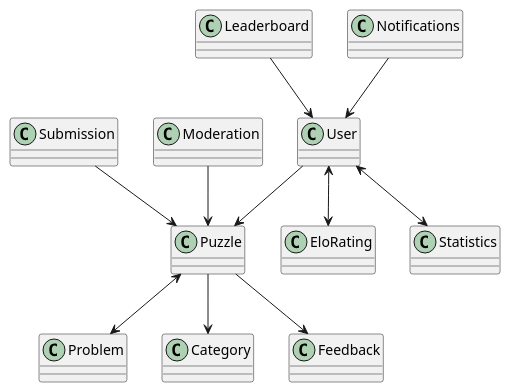
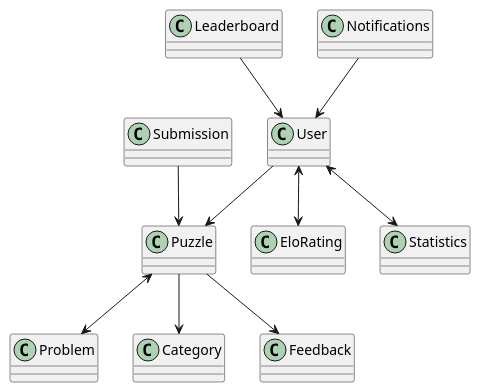
The diagram in SpringBootApplication/codingpuzzles-backend/SoftwareDesign/ClassDiagram.puml (duartecaldascardoso/Coding.com), drawn with PlantUML before and after one commit.

Commit message:
Removing more non needed classes from the class diagram

```diff
--- a/SpringBootApplication/codingpuzzles-backend/SoftwareDesign/ClassDiagram.puml
+++ b/SpringBootApplication/codingpuzzles-backend/SoftwareDesign/ClassDiagram.puml
@@ -2,27 +2,25 @@
 @startuml
 'https://plantuml.com/class-diagram
 
 class Puzzle
 class User
 class EloRating
 class Problem
 class Submission
 class Leaderboard
 class Category
 class Notifications
 class Feedback
-class Moderation
 class Statistics
 
 Puzzle <--> Problem
 User <--> EloRating
 User <--> Statistics
 Puzzle --> Category
 Puzzle --> Feedback
 Leaderboard --> User
-Moderation --> Puzzle
 Submission --> Puzzle
 Notifications --> User
 User --> Puzzle
 
 @enduml
```
